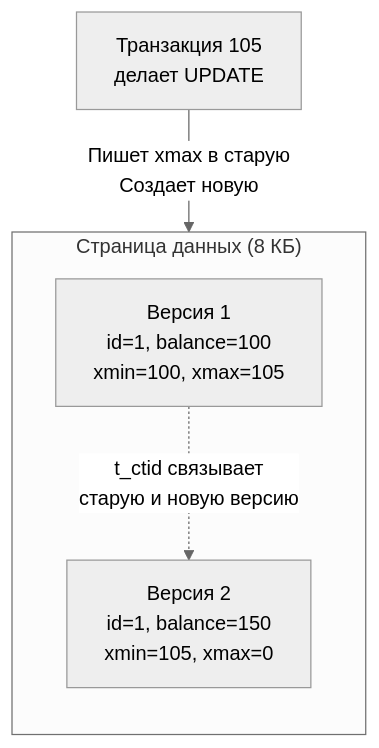
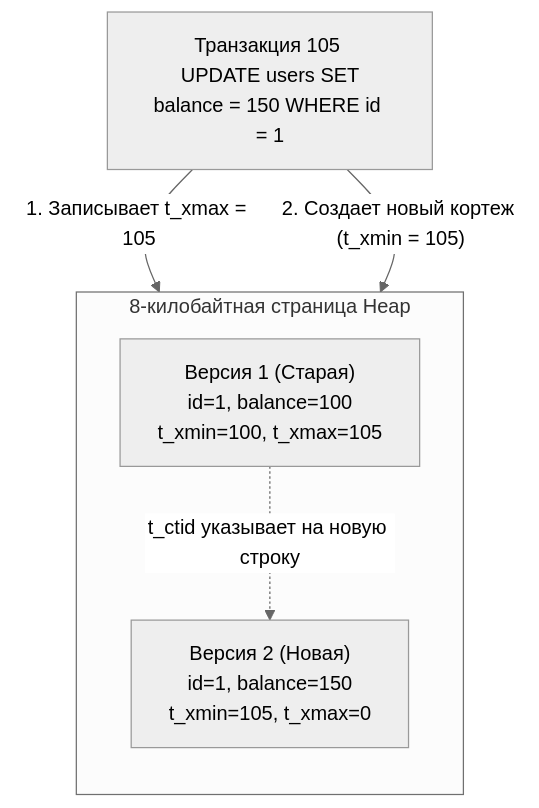
The first of 3 diagrams in sources/12. Базы данных/06. PostgreSQL/3. MVCC в PostgreSQL.md (UnrealTemplier/go-textbook), drawn with Mermaid (neutral theme) before and after one commit. The commit also changed other lines of this file, not shown here.

````diff
--- a/sources/12. Базы данных/06. PostgreSQL/3. MVCC в PostgreSQL.md
+++ b/sources/12. Базы данных/06. PostgreSQL/3. MVCC в PostgreSQL.md
@@ -33,10 +43,12 @@
 ```mermaid
 flowchart TD
-    subgraph "Страница данных (8 КБ)"
+    subgraph Page ["8-килобайтная страница Heap"]
         direction TB
-        V1["Версия 1 <br> id=1, balance=100 <br> xmin=100, xmax=105"]
-        V2["Версия 2 <br> id=1, balance=150 <br> xmin=105, xmax=0"]
-        V1 -.->|"t_ctid связывает <br> старую и новую версию"| V2
+        V1["Версия 1 (Старая) <br> id=1, balance=100 <br> t_xmin=100, t_xmax=105"]
+        V2["Версия 2 (Новая) <br> id=1, balance=150 <br> t_xmin=105, t_xmax=0"]
+        V1 -.->|"t_ctid указывает на новую строку"| V2
     end
-    TX105["Транзакция 105 <br> делает UPDATE"] -->|"Пишет xmax в старую <br> Создает новую"| V1
+    
+    TX105["Транзакция 105 <br> UPDATE users SET balance = 150 WHERE id = 1"] -->|"1. Записывает t_xmax = 105"| V1
+    TX105 -->|"2. Создает новый кортеж (t_xmin = 105)"| V2
 ```
````
